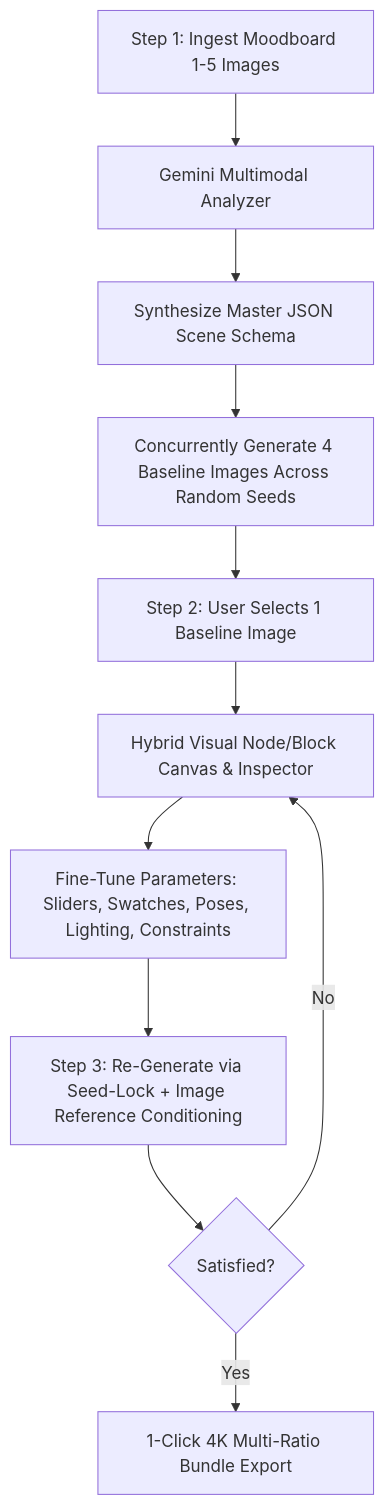
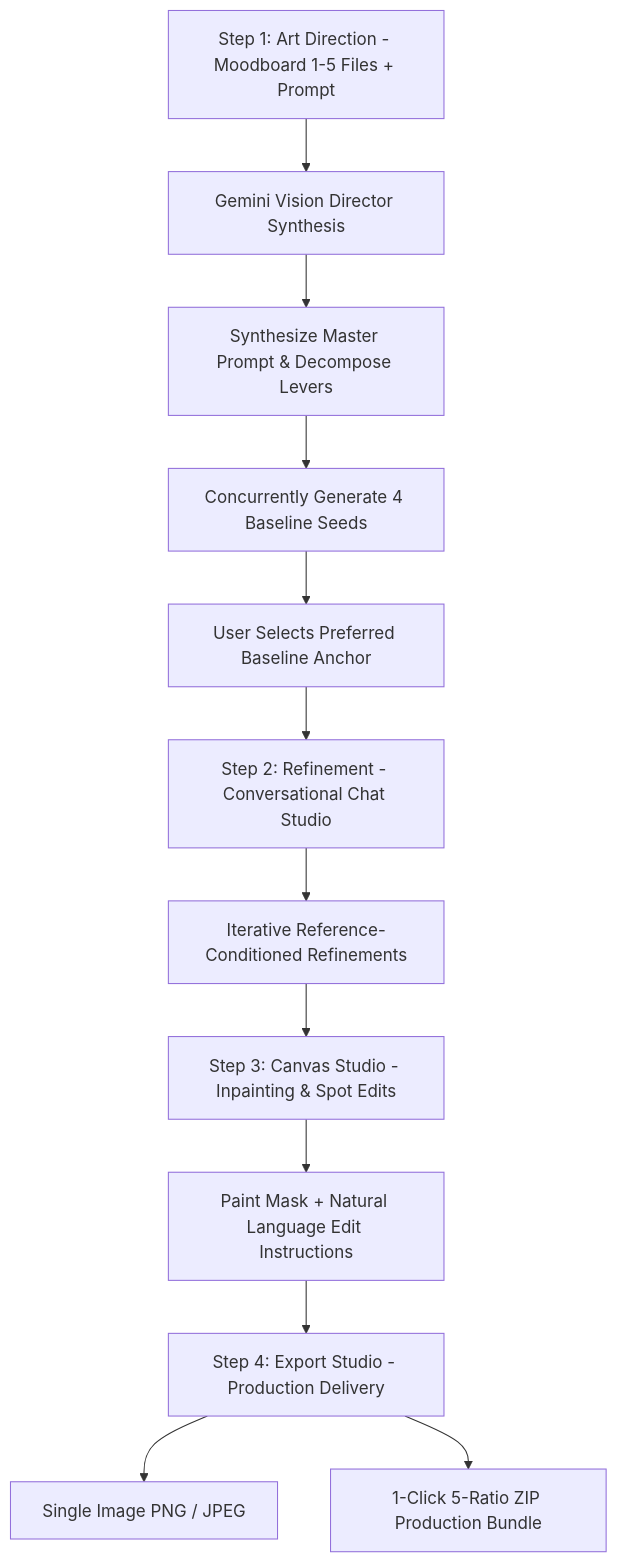
One commit to zacangzz/fashion-art-director changed the diagram in docs/PRD.md. Above: the diagram before and after it, drawn with Mermaid. The commit also changed other lines of this file and 37 other files, not shown here.

````diff
--- a/docs/PRD.md
+++ b/docs/PRD.md
@@ -29,13 +77,14 @@
 ```mermaid
 flowchart TD
-    A[Step 1: Ingest Moodboard 1-5 Images] --> B[Gemini Multimodal Analyzer]
-    B --> C[Synthesize Master JSON Scene Schema]
-    C --> D[Concurrently Generate 4 Baseline Images Across Random Seeds]
-    D --> E[Step 2: User Selects 1 Baseline Image]
-    E --> F[Hybrid Visual Node/Block Canvas & Inspector]
-    F --> G[Fine-Tune Parameters: Sliders, Swatches, Poses, Lighting, Constraints]
-    G --> H[Step 3: Re-Generate via Seed-Lock + Image Reference Conditioning]
-    H --> I{Satisfied?}
-    I -- No --> F
-    I -- Yes --> J[1-Click 4K Multi-Ratio Bundle Export]
+    A[Step 1: Art Direction - Moodboard 1-5 Files + Prompt] --> B[Gemini Vision Director Synthesis]
+    B --> C[Synthesize Master Prompt & Decompose Levers]
+    C --> D[Concurrently Generate 4 Baseline Seeds]
+    D --> E[User Selects Preferred Baseline Anchor]
+    E --> F[Step 2: Refinement - Conversational Chat Studio]
+    F --> G[Iterative Reference-Conditioned Refinements]
+    G --> H[Step 3: Canvas Studio - Inpainting & Spot Edits]
+    H --> I[Paint Mask + Natural Language Edit Instructions]
+    I --> J[Step 4: Export Studio - Production Delivery]
+    J --> K1[Single Image PNG / JPEG]
+    J --> K2[1-Click 5-Ratio ZIP Production Bundle]
 ```
````
